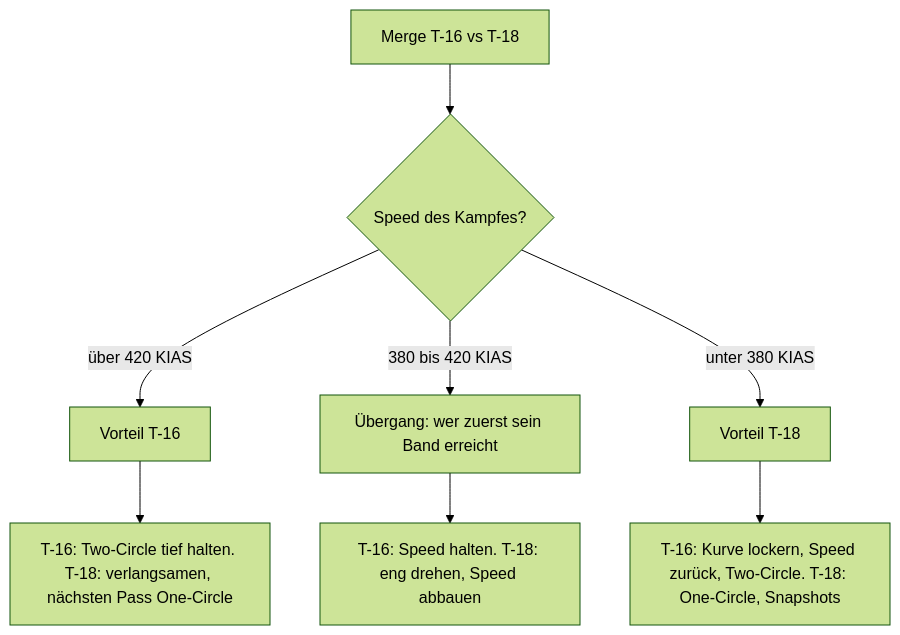
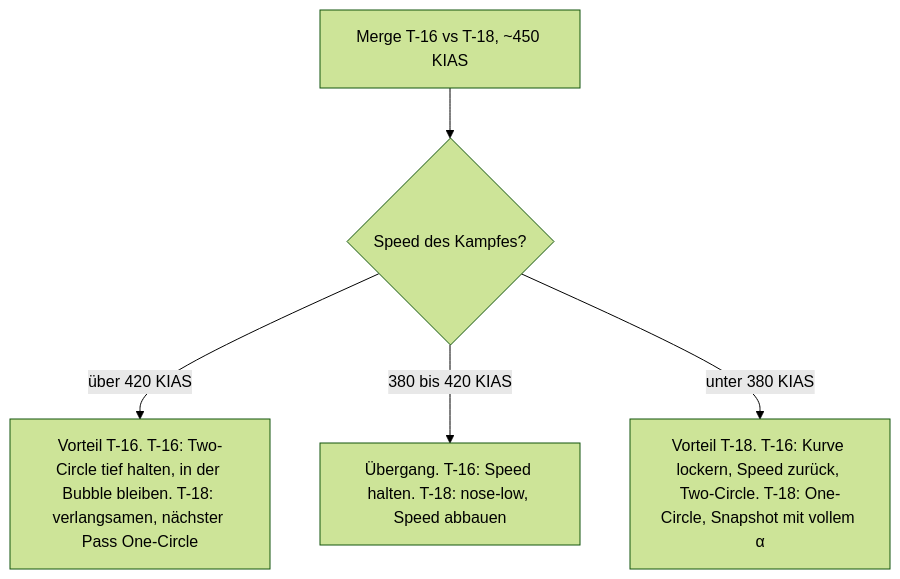
One commit to lukaio3D/VFM_Wiki changed the diagram in docs/flugzeuge/matchups/t16-vs-t18.md. Above: the diagram before and after it, drawn with Mermaid (forest theme). The commit also changed other lines of this file and 39 other files, not shown here.

````diff
--- a/docs/flugzeuge/matchups/t16-vs-t18.md
+++ b/docs/flugzeuge/matchups/t16-vs-t18.md
@@ -112,10 +74,7 @@
 ```mermaid
 flowchart TD
-    A[Merge T-16 vs T-18] --> B{Speed des Kampfes?}
-    B -->|über 420 KIAS| C[Vorteil T-16]
-    B -->|380 bis 420 KIAS| D[Übergang: wer zuerst sein Band erreicht]
-    B -->|unter 380 KIAS| E[Vorteil T-18]
-    C --> F[T-16: Two-Circle tief halten. T-18: verlangsamen, nächsten Pass One-Circle]
-    D --> G[T-16: Speed halten. T-18: eng drehen, Speed abbauen]
-    E --> H[T-16: Kurve lockern, Speed zurück, Two-Circle. T-18: One-Circle, Snapshots]
+    A[Merge T-16 vs T-18, ~450 KIAS] --> B{Speed des Kampfes?}
+    B -->|über 420 KIAS| C[Vorteil T-16. T-16: Two-Circle tief halten, in der Bubble bleiben. T-18: verlangsamen, nächster Pass One-Circle]
+    B -->|380 bis 420 KIAS| D[Übergang. T-16: Speed halten. T-18: nose-low, Speed abbauen]
+    B -->|unter 380 KIAS| E[Vorteil T-18. T-16: Kurve lockern, Speed zurück, Two-Circle. T-18: One-Circle, Snapshot mit vollem α]
 ```
````
